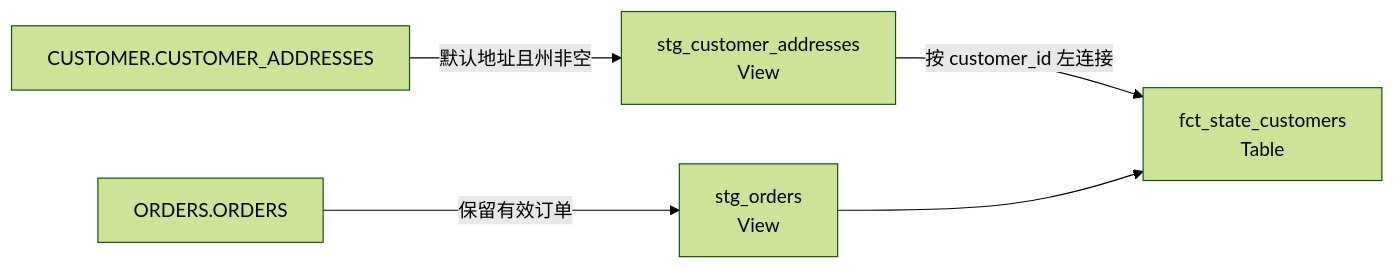
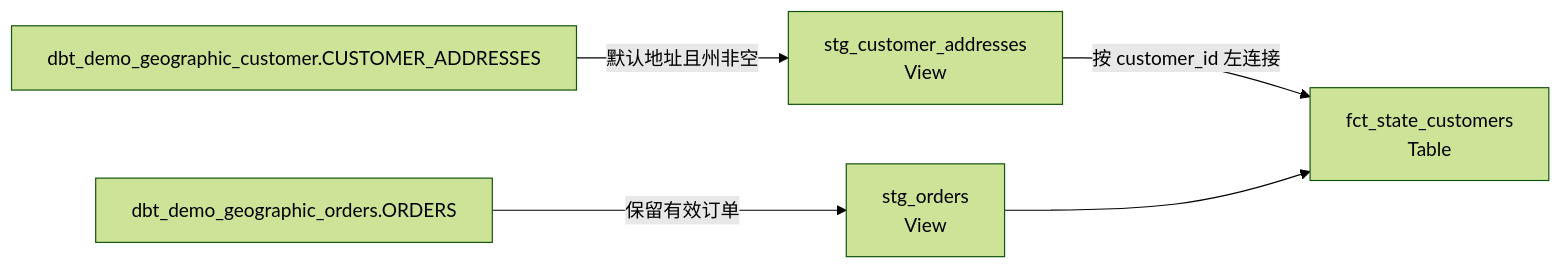
The second of 5 diagrams in extension/dbt-doris/docs/data-eng-bench-dbt-doris-demos.zh-CN.md (xylaaaaa/doris), drawn with Mermaid (forest theme) before and after one commit. The commit also changed other lines of this file and 9 other files, not shown here.

First line of the commit message:
[doc](dbt) Document end-to-end Doris demo flows

```diff
--- a/extension/dbt-doris/docs/data-eng-bench-dbt-doris-demos.zh-CN.md
+++ b/extension/dbt-doris/docs/data-eng-bench-dbt-doris-demos.zh-CN.md
@@ -521,7 +521,7 @@
 ~~~mermaid
 flowchart LR
-    A[CUSTOMER.CUSTOMER_ADDRESSES] -->|默认地址且州非空| B[stg_customer_addresses<br/>View]
-    C[ORDERS.ORDERS] -->|保留有效订单| D[stg_orders<br/>View]
+    A[dbt_demo_geographic_customer.CUSTOMER_ADDRESSES] -->|默认地址且州非空| B[stg_customer_addresses<br/>View]
+    C[dbt_demo_geographic_orders.ORDERS] -->|保留有效订单| D[stg_orders<br/>View]
     B -->|按 customer_id 左连接| E[fct_state_customers<br/>Table]
     D --> E
 ~~~
```
